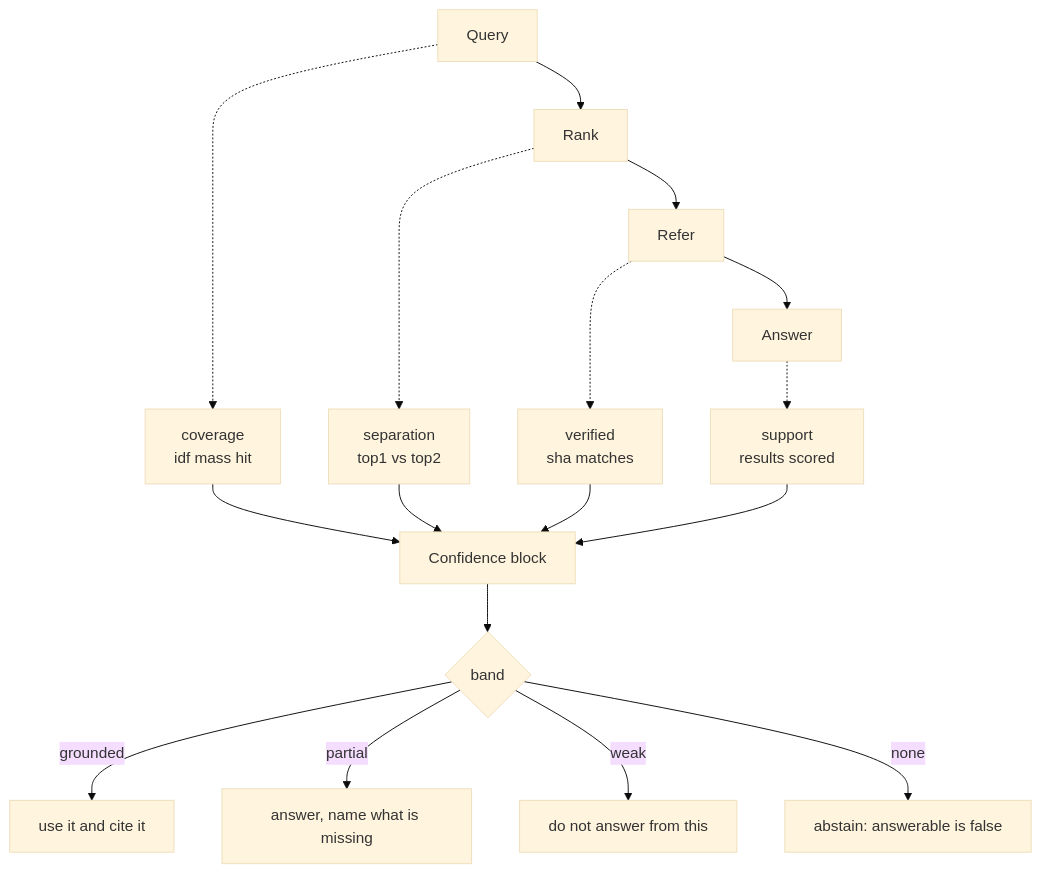
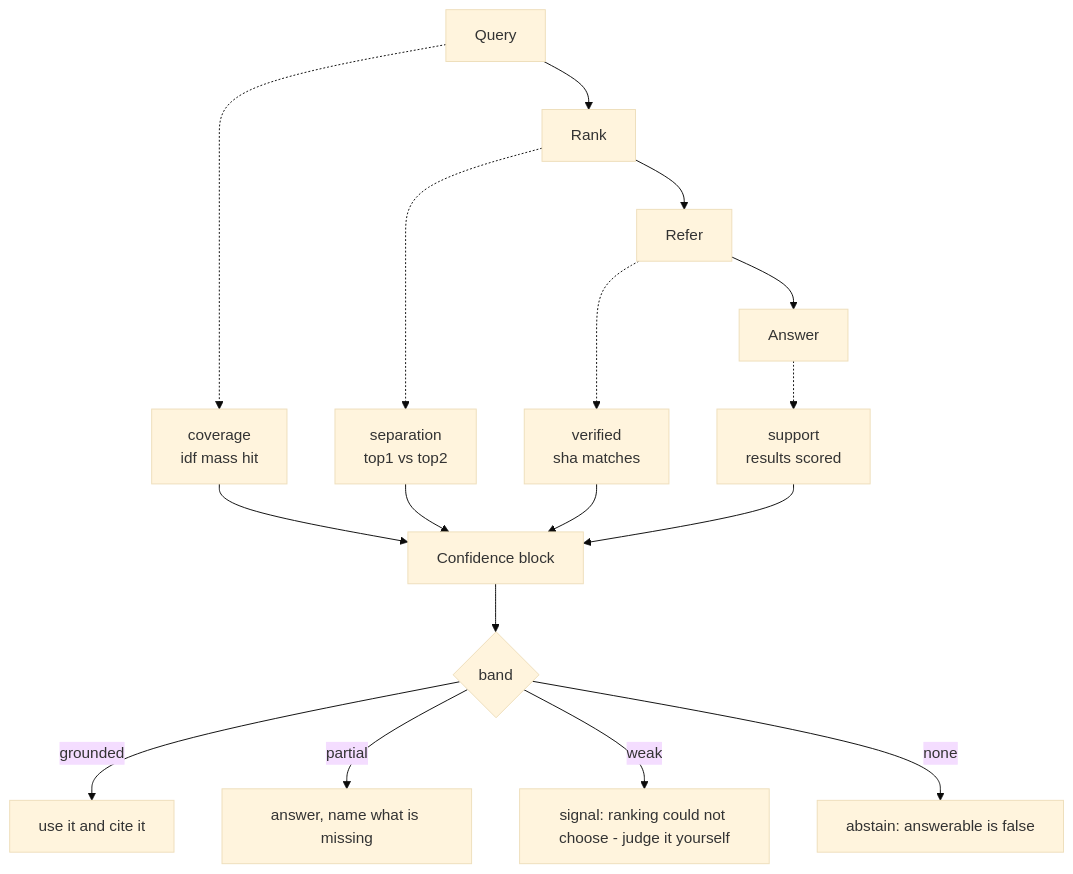
The diagram in records/0141_confidence.md (arpitarya/fux), drawn with Mermaid (base theme) before and after one commit. The commit also changed other lines of this file and 500 other files, not shown here.

````diff
--- a/records/0141_confidence.md
+++ b/records/0141_confidence.md
@@ -61,19 +61,19 @@
 ```mermaid
 flowchart TD
     Q[Query] --> R[Rank]
     R --> F[Refer]
     F --> A[Answer]
     Q -.-> C1[coverage<br/>idf mass hit]
     R -.-> C2[separation<br/>top1 vs top2]
     F -.-> C3[verified<br/>sha matches]
     A -.-> C4[support<br/>results scored]
     C1 --> B[Confidence block]
     C2 --> B
     C3 --> B
     C4 --> B
     B --> G{band}
     G -->|grounded| U1[use it and cite it]
     G -->|partial| U2[answer, name what is missing]
-    G -->|weak| U3[do not answer from this]
+    G -->|weak| U3[signal: ranking could not choose - judge it yourself]
     G -->|none| U4[abstain: answerable is false]
 ```
````
